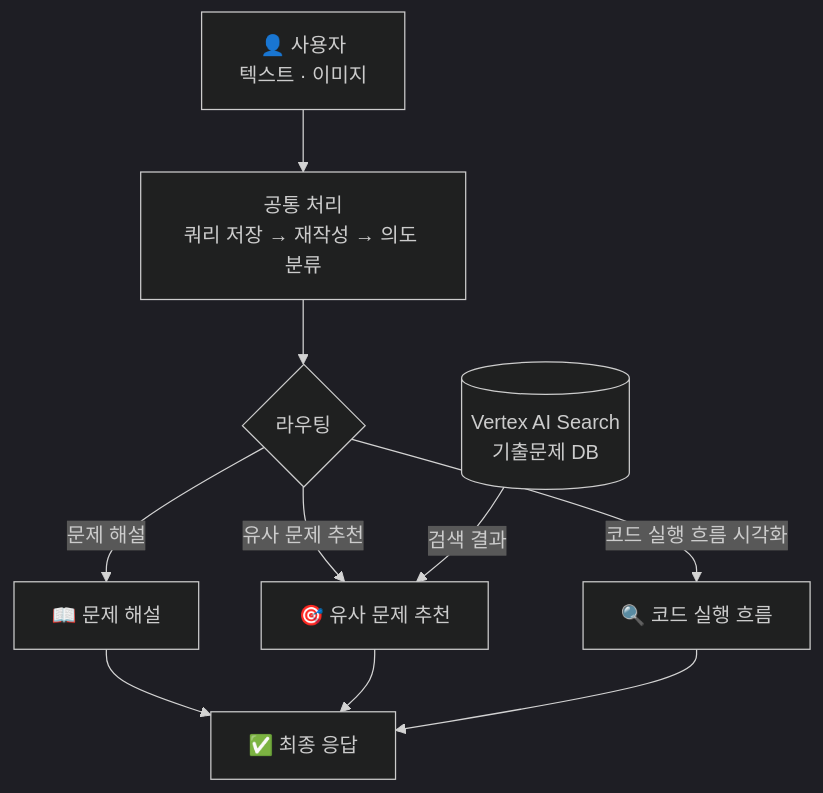
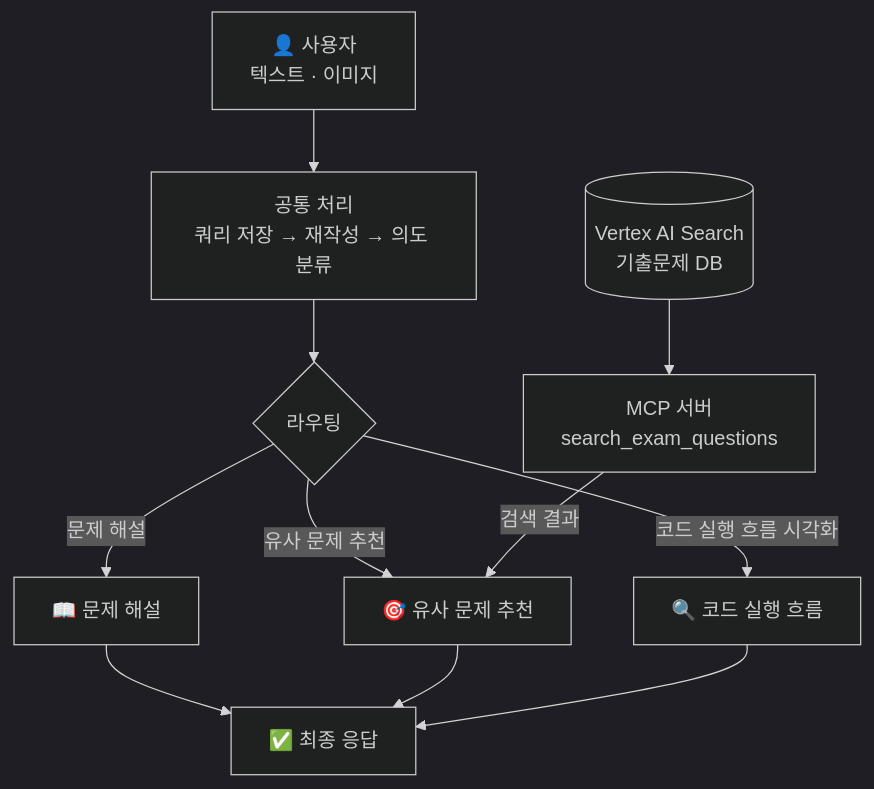
The first of 4 diagrams in docs/README.md (JangJiWon0108/smart-learning-platform-backend), drawn with Mermaid (dark theme) before and after one commit. The commit also changed other lines of this file and 52 other files, not shown here.

````diff
--- a/docs/README.md
+++ b/docs/README.md
@@ -57,24 +72,26 @@
 ```mermaid
 flowchart TD
     사용자["👤 사용자<br/>텍스트 · 이미지"]
     공통["공통 처리<br/>쿼리 저장 → 재작성 → 의도 분류"]
     라우터{"라우팅"}
     VAS[("Vertex AI Search<br/>기출문제 DB")]
 
     해설["📖 문제 해설"]
     추천["🎯 유사 문제 추천"]
     시각화["🔍 코드 실행 흐름"]
     응답["✅ 최종 응답"]
 
     사용자 --> 공통 --> 라우터
 
     라우터 -->|"문제 해설"| 해설
     라우터 -->|"유사 문제 추천"| 추천
     라우터 -->|"코드 실행 흐름 시각화"| 시각화
 
-    VAS -->|"검색 결과"| 추천
+    MCP["MCP 서버<br/>search_exam_questions"]
+    VAS --> MCP
+    MCP -->|"검색 결과"| 추천
 
     해설 --> 응답
     추천 --> 응답
     시각화 --> 응답
 ```
````
